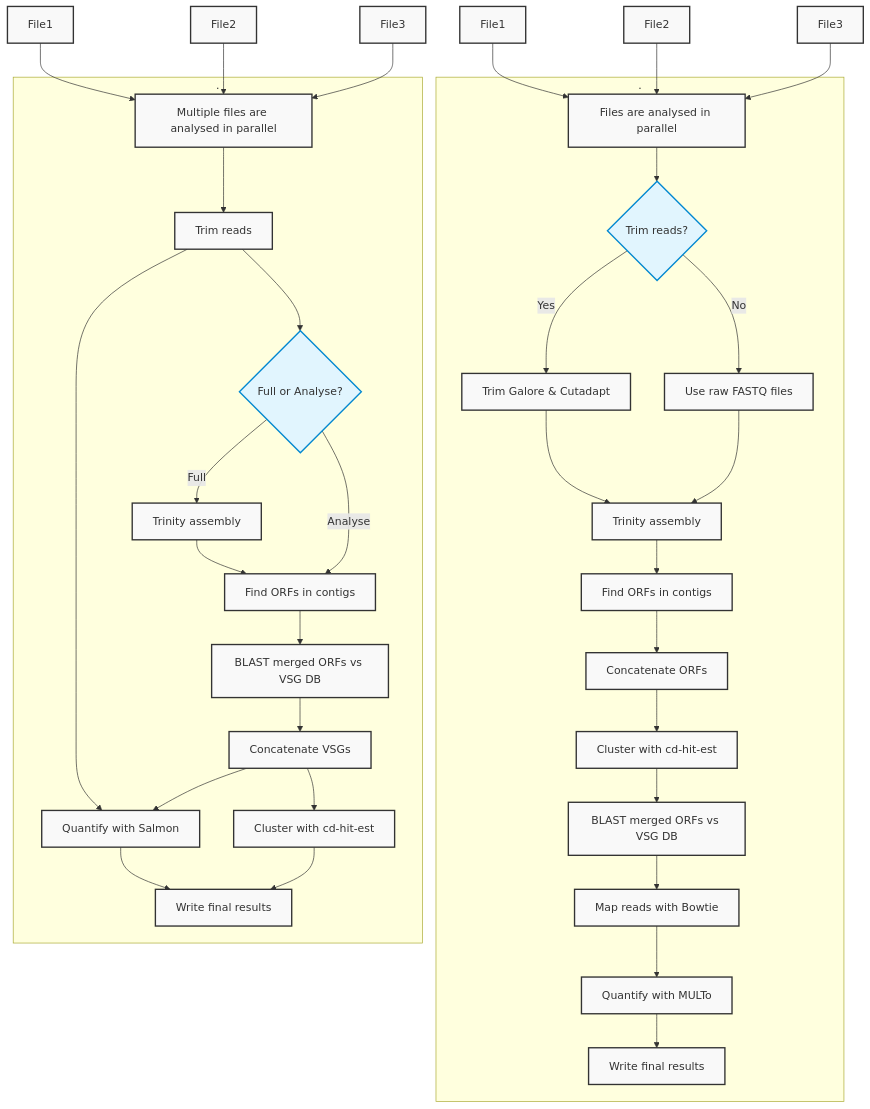
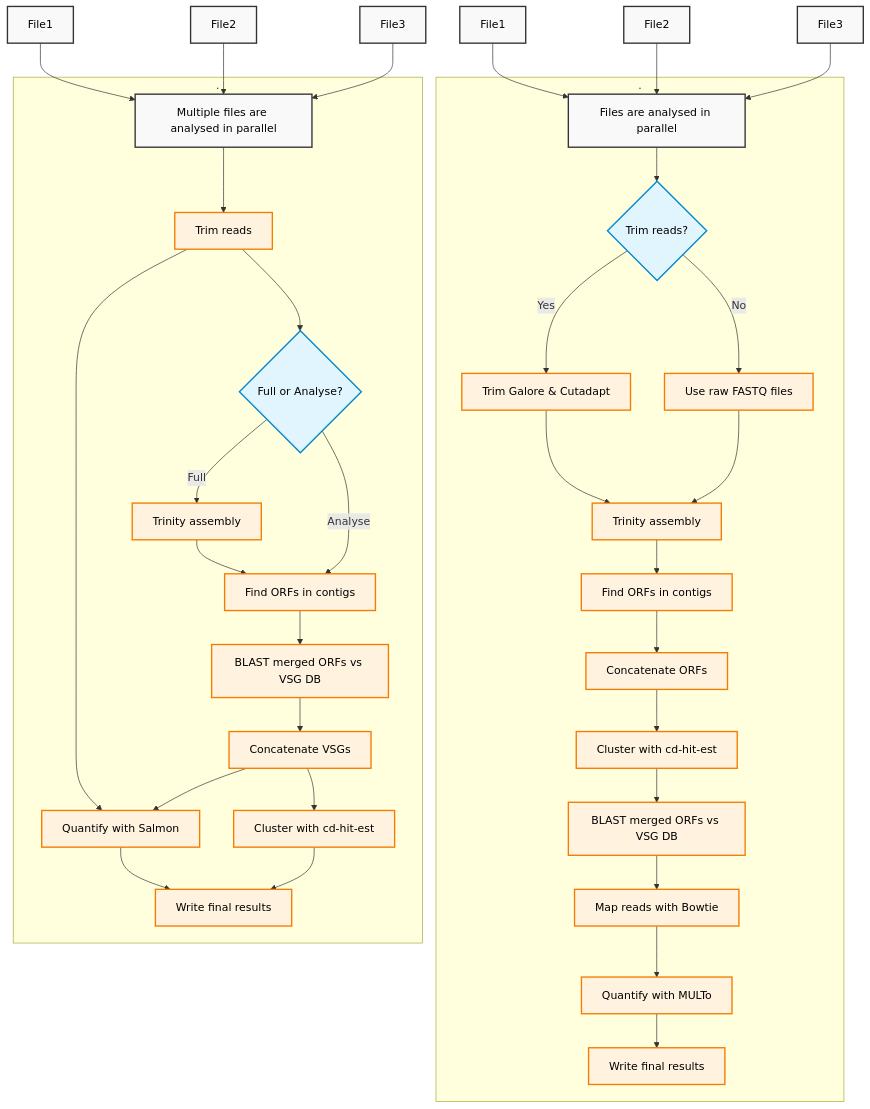
One commit to goldrieve/vsgseq2 changed the diagram in README.md. Above: the diagram before and after it, drawn with Mermaid.

````diff
--- a/README.md
+++ b/README.md
@@ -66,67 +66,67 @@
 ```mermaid
 
 flowchart TD
     subgraph s1["."]
         C1{"Trim reads?"}
         D1["Trim Galore & Cutadapt"]
         E1["Use raw FASTQ files"]
         F1["Trinity assembly"]
         G1["Find ORFs in contigs"]
         H1["Concatenate ORFs"]
         I1["Cluster with cd-hit-est"]
         J1["BLAST merged ORFs vs VSG DB"]
         M1["Map reads with Bowtie"]
         N1["Quantify with MULTo"]
         P1["Write final results"]
         Q1["Files are analysed in parallel"]
     end
     subgraph vsgseq2["."]
         C3["Trim reads"]
         D3{"Full or Analyse?"}
         E3["Trinity assembly"]
         F3["Find ORFs in contigs"]
         G3["BLAST merged ORFs vs VSG DB"]
         H3["Concatenate VSGs"]
         I3["Cluster with cd-hit-est"]
         K3["Quantify with Salmon"]
         L3["Write final results"]
         M3["Multiple files are analysed in parallel"]
     end
 
     Fi1["File1"] --> M3
     Fi2["File2"] --> M3
     Fi3["File3"] --> M3
     M3 --> C3
     C3 --> D3 & K3
     D3 -- Full --> E3
     E3 --> F3
     D3 -- Analyse --> F3
     F3 --> G3
     G3 --> H3
     H3 --> K3 & I3
     K3 --> L3
     I3 --> L3
 
     Fl1["File1"] --> Q1
     Fl2["File2"] --> Q1
     Fl3["File3"] --> Q1
     Q1 --> C1
     C1 -- Yes --> D1
     C1 -- No --> E1
     D1 --> F1
     E1 --> F1
     F1 --> G1
     G1 --> H1
     H1 --> I1
     I1 --> J1
     J1 --> M1
     M1 --> N1
     N1 --> P1
 
-    classDef default fill:#f9f9f9,stroke:#333,stroke-width:2px
-    classDef decision fill:#e1f5fe,stroke:#0288d1,stroke-width:2px
-    classDef process fill:#fff3e0,stroke:#f57c00,stroke-width:2px
+    classDef default fill:#f9f9f9,stroke:#333,stroke-width:2px,color:#000
+    classDef decision fill:#e1f5fe,stroke:#0288d1,stroke-width:2px,color:#000
+    classDef process fill:#fff3e0,stroke:#f57c00,stroke-width:2px,color:#000
 
     class C1,D3 decision
-    class D1,E1,F1,G1,H1,I1,J1,M1,N1,P1,C3,E3,F3,G3,H3,I3,K3,L3 proces
+    class D1,E1,F1,G1,H1,I1,J1,M1,N1,P1,C3,E3,F3,G3,H3,I3,K3,L3 process
 ```
````
